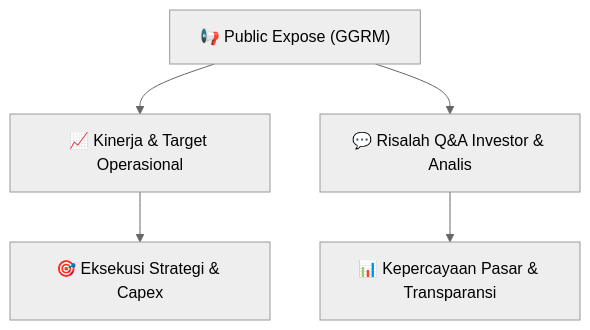
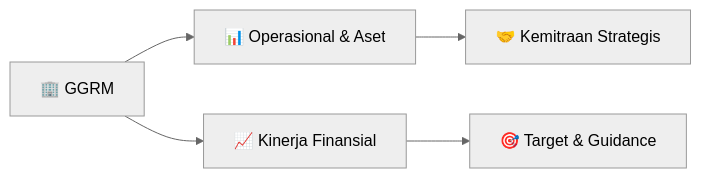
One commit to anYoneo/alphadigest-idx changed the diagram in reports/summaries/public-exposes/informasi-pubex/GGRM_Public_Expose_20260827.md. Above: the diagram before and after it, drawn with Mermaid (neutral theme). The commit also changed other lines of this file and 526 other files, not shown here.

````diff
--- a/reports/summaries/public-exposes/informasi-pubex/GGRM_Public_Expose_20260827.md
+++ b/reports/summaries/public-exposes/informasi-pubex/GGRM_Public_Expose_20260827.md
@@ -38,7 +113,7 @@
 ```mermaid
-flowchart TD
-    A["📢 Public Expose (GGRM)"] --> B["📈 Kinerja & Target Operasional"]
-    A --> C["💬 Risalah Q&A Investor & Analis"]
-    B --> D["🎯 Eksekusi Strategi & Capex"]
-    C --> E["📊 Kepercayaan Pasar & Transparansi"]
+flowchart LR
+    A["🏢 GGRM"] --> B["📊 Operasional & Aset"]
+    A --> C["📈 Kinerja Finansial"]
+    B --> D["🤝 Kemitraan Strategis"]
+    C --> E["🎯 Target & Guidance"]
 ```
````
